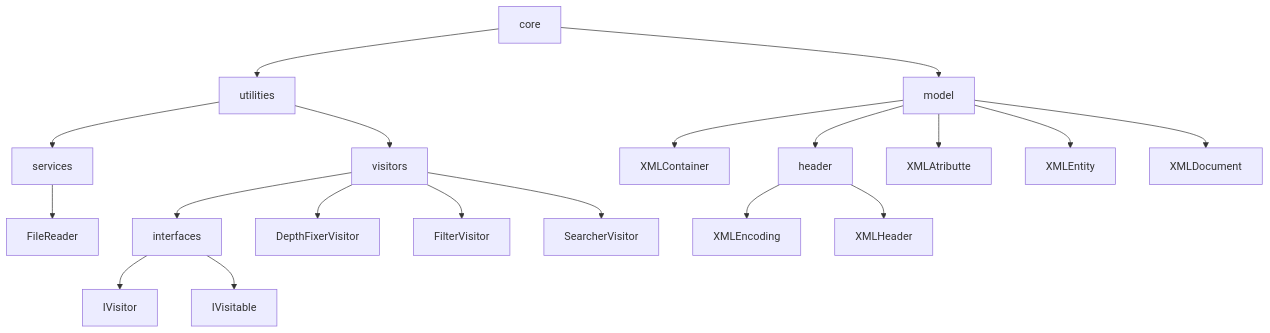
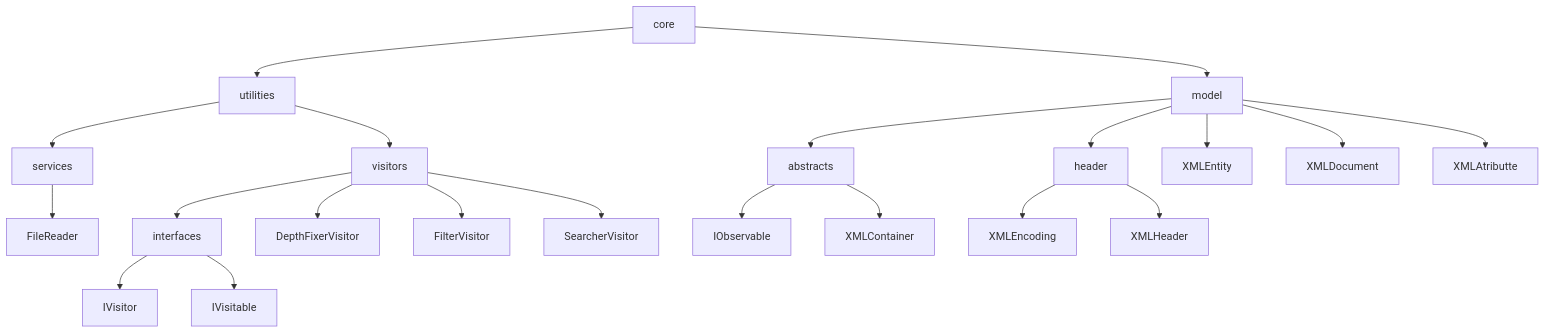
One commit to JoaoAlmeida-dev/XML-Generator-API-AdvancedProgramming changed the first of 2 diagrams in README.md. Above: the diagram before and after it, drawn with Mermaid. The commit also changed other lines of this file and 31 other files, not shown here.

````diff
--- a/README.md
+++ b/README.md
@@ -38,24 +41,26 @@
 ```mermaid
 graph TD;
    core --> model
    core --> utilities
    
    utilities --> services
    services --> FileReader
    utilities --> visitors
    visitors --> interfaces
    interfaces --> IVisitor
    interfaces --> IVisitable
    visitors --> DepthFixerVisitor
    visitors --> FilterVisitor
    visitors --> SearcherVisitor
    
-   model --> XMLContainer
+   model --> abstracts
+   abstracts --> IObservable
+   abstracts --> XMLContainer
    model --> header
    header --> XMLEncoding
    header --> XMLHeader
-   model --> XMLAtributte
    model --> XMLEntity
    model --> XMLDocument
+   model --> XMLAtributte
    
 ```
````
